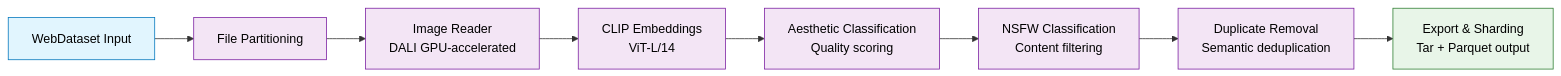
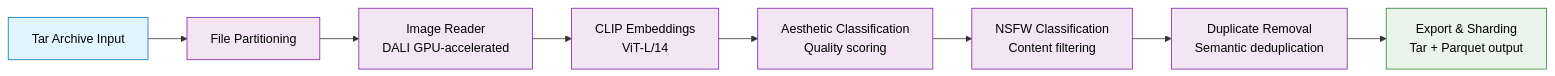
Before and after one commit to lbliii/NeMo-Curator: the diagram in docs/curate-images/index.md, drawn with Mermaid. The commit also changed other lines of this file and 11 other files, not shown here.

````diff
--- a/docs/curate-images/index.md
+++ b/docs/curate-images/index.md
@@ -30,18 +30,18 @@
 ```{mermaid}
 flowchart LR
-    A[WebDataset Input] --> B[File Partitioning]
+    A[Tar Archive Input] --> B[File Partitioning]
     B --> C[Image Reader<br/>DALI GPU-accelerated]
     C --> D[CLIP Embeddings<br/>ViT-L/14]
     D --> E[Aesthetic Classification<br/>Quality scoring]
     E --> F[NSFW Classification<br/>Content filtering]
     F --> G[Duplicate Removal<br/>Semantic deduplication]
     G --> H[Export & Sharding<br/>Tar + Parquet output]
     
     classDef input fill:#e1f5fe,stroke:#0277bd,color:#000
     classDef processing fill:#f3e5f5,stroke:#7b1fa2,color:#000
     classDef output fill:#e8f5e8,stroke:#2e7d32,color:#000
     
     class A input
     class B,C,D,E,F,G processing
     class H output
 ```
````
